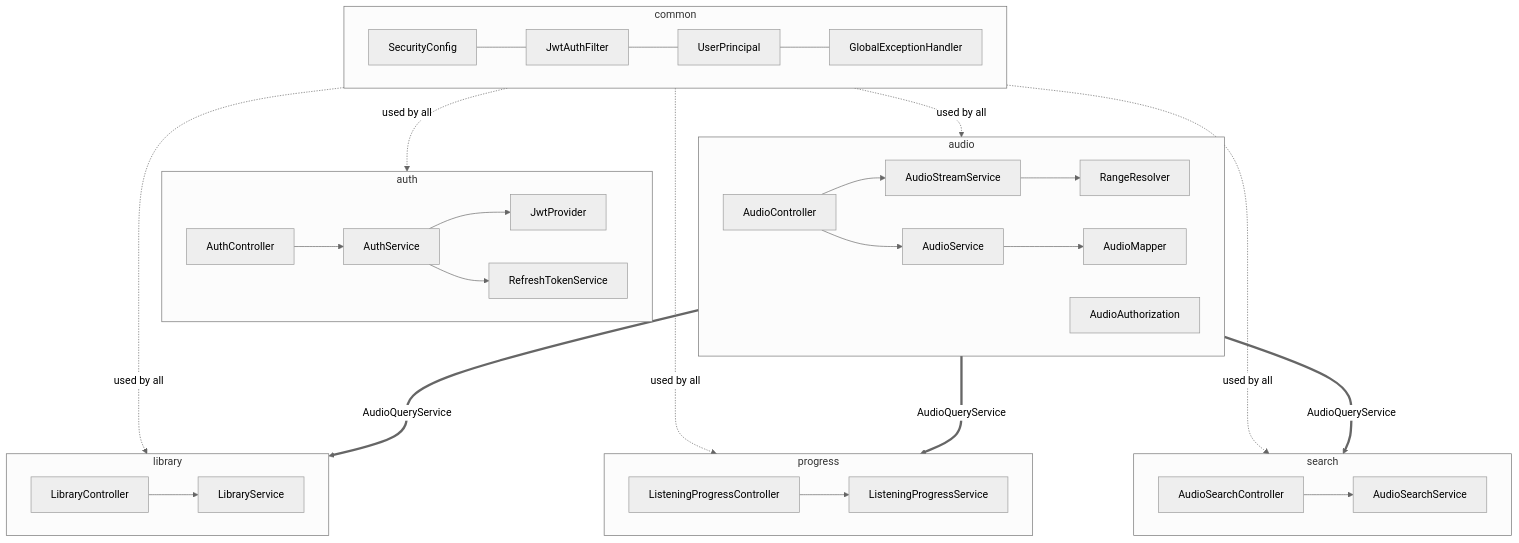
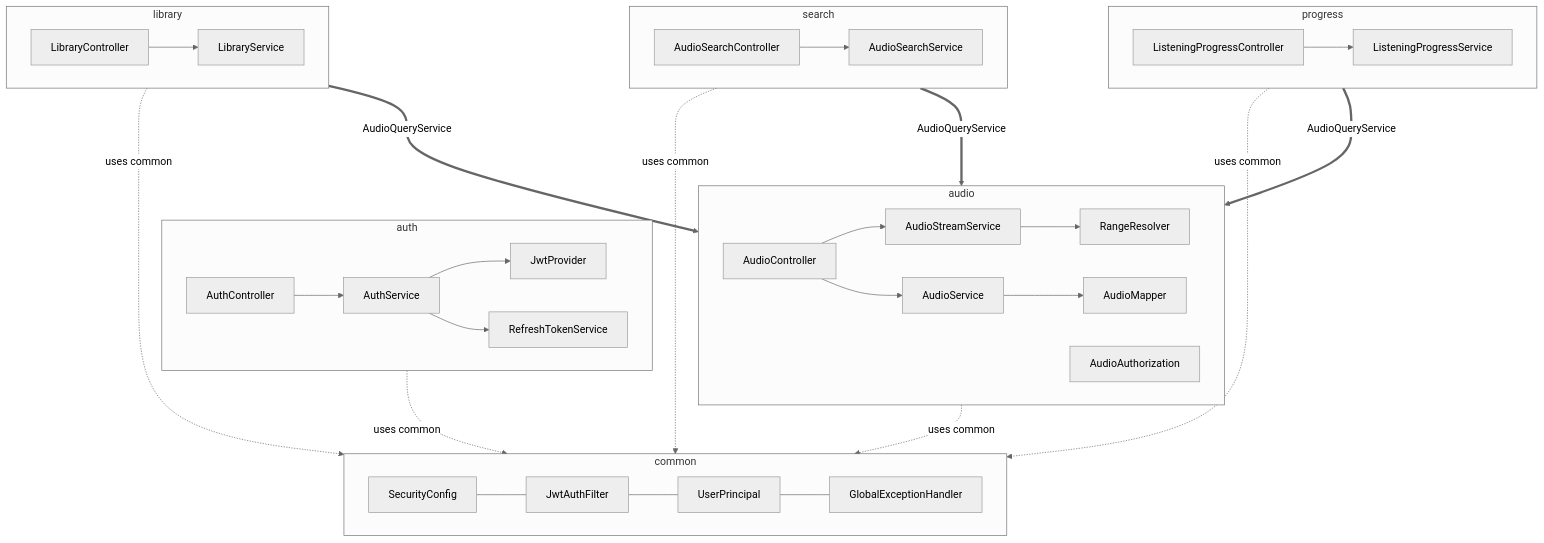
Before and after one commit to hazoe-dev/audio-streaming-platform: the third of 18 diagrams in audiostreaming/doc/component-diagrams.md, drawn with Mermaid (neutral theme). The commit also changed other lines of this file, not shown here.

Commit message:
doc: update arrows in component diagrams to reflect dependencies in the correct direction

````diff
--- a/audiostreaming/doc/component-diagrams.md
+++ b/audiostreaming/doc/component-diagrams.md
@@ -56,50 +56,50 @@
 ```mermaid
 graph TB
     subgraph common["common"]
         direction LR
         SC["SecurityConfig"] --- JF["JwtAuthFilter"]
         JF --- UP["UserPrincipal"]
         UP --- GEH["GlobalExceptionHandler"]
     end
 
     subgraph auth["auth"]
         direction LR
         AuC["AuthController"] --> AuS["AuthService"]
         AuS --> JWT["JwtProvider"]
         AuS --> RTS["RefreshTokenService"]
     end
 
     subgraph audio["audio"]
         direction LR
         AdC["AudioController"] --> AdS["AudioService"]
         AdC --> ASt["AudioStreamService"]
         ASt --> RR["RangeResolver"]
         AdS --> AM["AudioMapper"]
         AA["AudioAuthorization"]
     end
 
     subgraph search["search"]
         direction LR
         SeC["AudioSearchController"] --> SeS["AudioSearchService"]
     end
 
     subgraph library["library"]
         direction LR
         LC["LibraryController"] --> LS["LibraryService"]
     end
 
     subgraph progress["progress"]
         direction LR
         PC["ListeningProgressController"] --> PS["ListeningProgressService"]
     end
 
-    common -.->|"used by all"| auth
-    common -.->|"used by all"| audio
-    common -.->|"used by all"| search
-    common -.->|"used by all"| library
-    common -.->|"used by all"| progress
+    auth     -.->|"uses common"| common
+    audio    -.->|"uses common"| common
+    search   -.->|"uses common"| common
+    library  -.->|"uses common"| common
+    progress -.->|"uses common"| common
 
-    audio ===>|"AudioQueryService"| library
-    audio ===>|"AudioQueryService"| progress
-    audio ===>|"AudioQueryService"| search
+    library  ===>|"AudioQueryService"| audio
+    progress ===>|"AudioQueryService"| audio
+    search   ===>|"AudioQueryService"| audio
 ```
````
